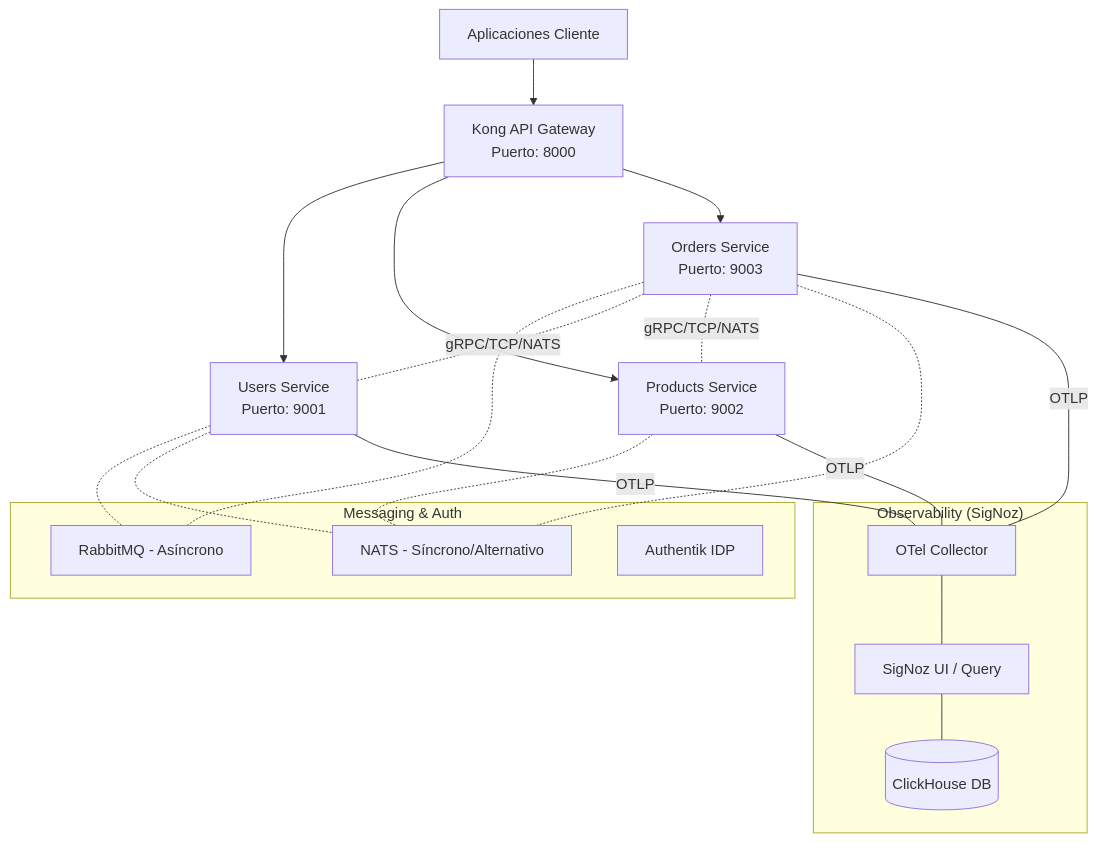
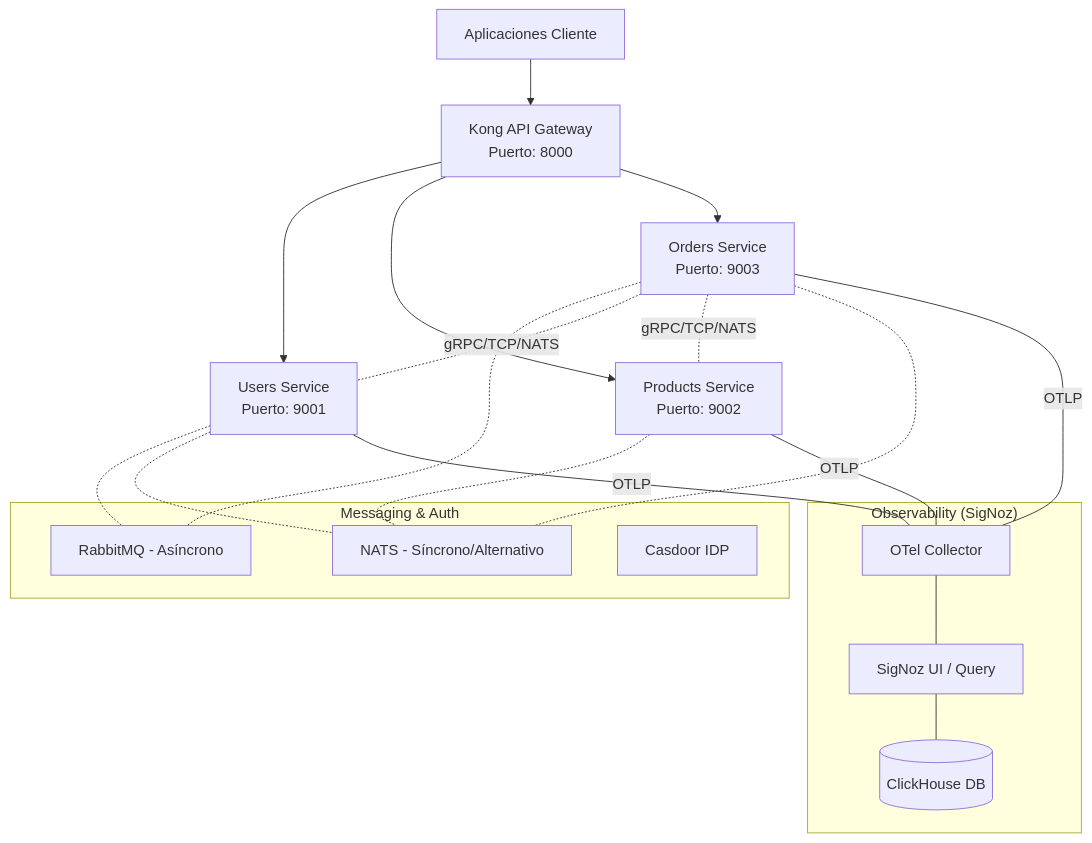
One commit to bleidertcs/ecommerce-microservices changed the diagram in README.md. Above: the diagram before and after it, drawn with Mermaid. The commit also changed other lines of this file and 52 other files, not shown here.

````diff
--- a/README.md
+++ b/README.md
@@ -27,30 +27,30 @@
 ```mermaid
 graph TB
     Client[Aplicaciones Cliente] --> Kong[Kong API Gateway<br/>Puerto: 8000]
     Kong --> Users[Users Service<br/>Puerto: 9001]
     Kong --> Products[Products Service<br/>Puerto: 9002]
     Kong --> Orders[Orders Service<br/>Puerto: 9003]
 
     subgraph "Messaging & Auth"
         RMQ[RabbitMQ - Asíncrono]
         NATS[NATS - Síncrono/Alternativo]
-        AK[Authentik IDP]
+        CD[Casdoor IDP]
     end
 
     subgraph "Observability (SigNoz)"
         SN[SigNoz UI / Query]
         OT[OTel Collector]
         CH[(ClickHouse DB)]
     end
 
     Users-.-RMQ
     Orders-.-RMQ
     Orders-.- |gRPC/TCP/NATS| Users
     Orders-.- |gRPC/TCP/NATS| Products
     Users-.-NATS
     Products-.-NATS
     Orders-.-NATS
     Users & Products & Orders --- |OTLP| OT
     OT --- SN
     SN --- CH
 ```
````
